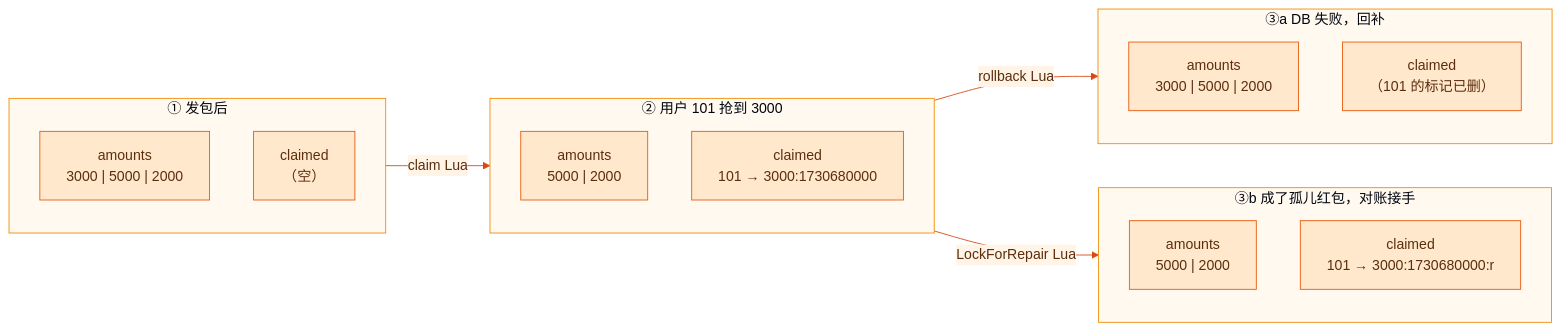
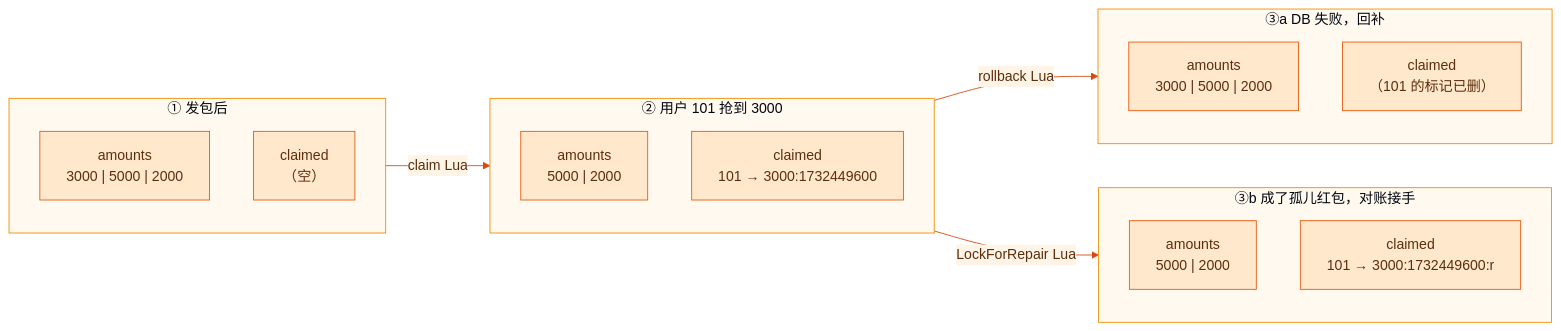
One commit to RedInn7/gomall changed the sixth of 24 diagrams in docs/lecture/18-redpacket.md. Above: the diagram before and after it, drawn with Mermaid. The commit also changed other lines of this file and 1 other file, not shown here.

````diff
--- a/docs/lecture/18-redpacket.md
+++ b/docs/lecture/18-redpacket.md
@@ -162,27 +162,27 @@
 ```mermaid
 %%{init: {'theme':'base','themeVariables':{'fontFamily':'PingFang SC, Microsoft YaHei, sans-serif','background':'#FFFBF5','primaryColor':'#FFE8CC','primaryBorderColor':'#E8590C','primaryTextColor':'#5C2E0E','secondaryColor':'#FFF4E6','tertiaryColor':'#FFF9F0','lineColor':'#D9480F','textColor':'#5C2E0E','clusterBkg':'#FFF9F0','clusterBorder':'#F08C00','edgeLabelBackground':'#FFF4E6','actorBkg':'#FFD8A8','actorBorder':'#E8590C','actorTextColor':'#5C2E0E','actorLineColor':'#F08C00','signalColor':'#C2410C','signalTextColor':'#5C2E0E','noteBkgColor':'#FFF3BF','noteBorderColor':'#F08C00','noteTextColor':'#5C2E0E','activationBkgColor':'#FFC078','activationBorderColor':'#E8590C','labelBoxBkgColor':'#FFE8CC','labelBoxBorderColor':'#E8590C','labelTextColor':'#5C2E0E','loopTextColor':'#5C2E0E'}}}%%
 flowchart LR
     subgraph T0 ["① 发包后"]
         direction TB
         L0["amounts<br/>3000 | 5000 | 2000"]
         H0["claimed<br/>（空）"]
     end
     subgraph T1 ["② 用户 101 抢到 3000"]
         direction TB
         L1["amounts<br/>5000 | 2000"]
-        H1["claimed<br/>101 → 3000:1730680000"]
+        H1["claimed<br/>101 → 3000:1732449600"]
     end
     subgraph T2a ["③a DB 失败，回补"]
         direction TB
         L2["amounts<br/>3000 | 5000 | 2000"]
         H2["claimed<br/>（101 的标记已删）"]
     end
     subgraph T2b ["③b 成了孤儿红包，对账接手"]
         direction TB
         L3["amounts<br/>5000 | 2000"]
-        H3["claimed<br/>101 → 3000:1730680000:r"]
+        H3["claimed<br/>101 → 3000:1732449600:r"]
     end
     T0 -- "claim Lua" --> T1
     T1 -- "rollback Lua" --> T2a
     T1 -- "LockForRepair Lua" --> T2b
 ```
````
